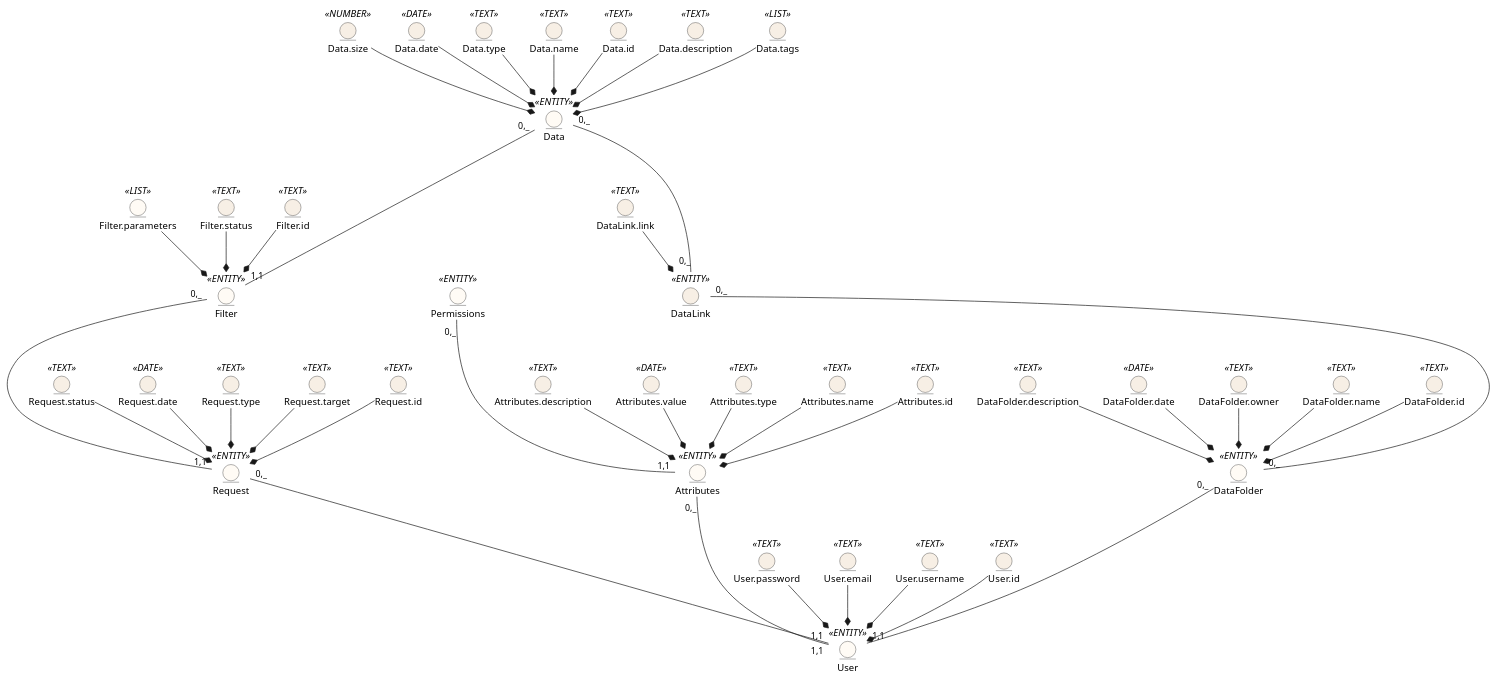
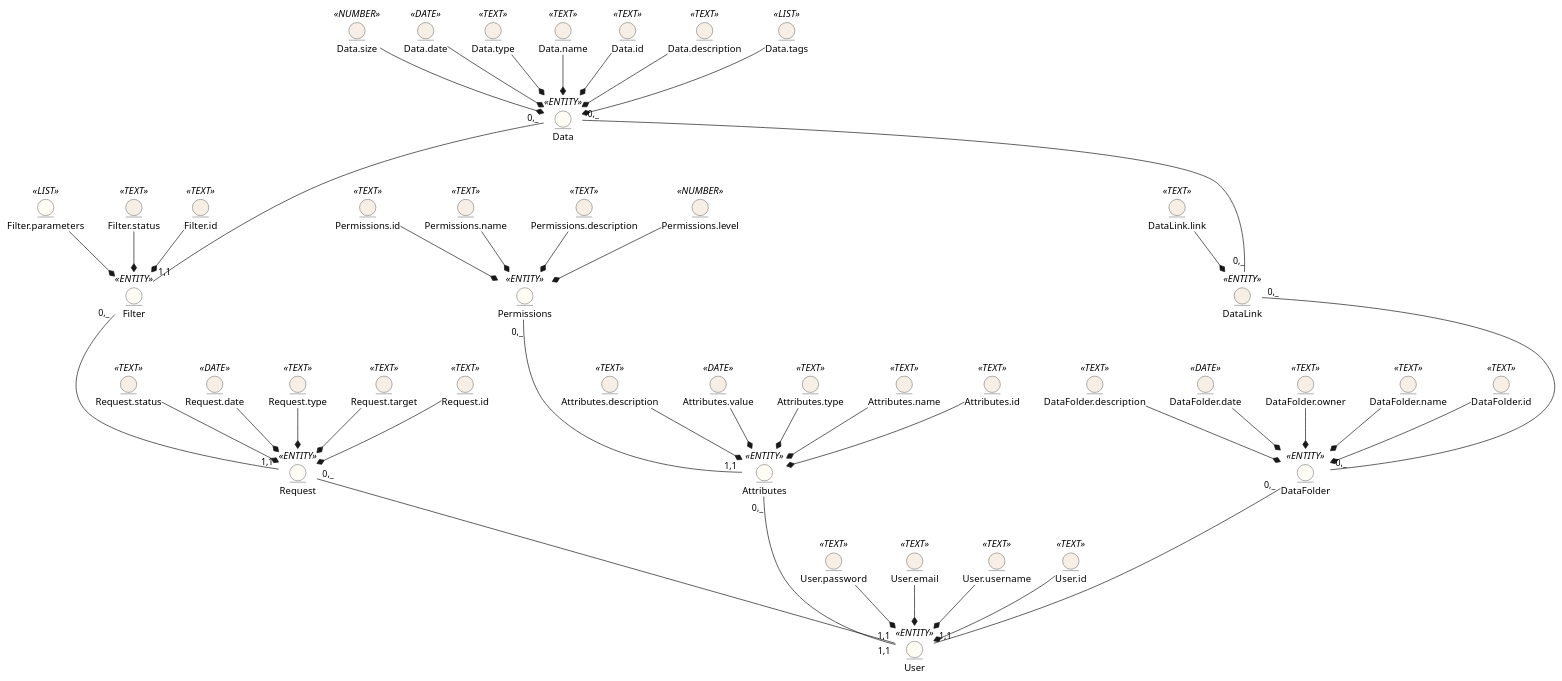
The diagram in docs/design/README.md (edu-db/edu_db_labs), drawn with PlantUML before and after one commit.

Commit message:
feat: add attributes to Permissions

```diff
--- a/docs/design/README.md
+++ b/docs/design/README.md
@@ -32,7 +32,10 @@
 
 
 entity Permissions <<ENTITY>> #FFFBF5
-
+entity Permissions.id <<TEXT>> #F7EFE5
+entity Permissions.name<<TEXT>> #F7EFE5
+entity Permissions.description<<TEXT>> #F7EFE5
+entity Permissions.level<<NUMBER>> #F7EFE5
 
 entity Filter <<ENTITY>> #FFFBF5
 entity Filter.parameters <<LIST>> #FFFBF5
@@ -102,6 +105,13 @@
 Attributes.name -d-* Attributes
 Attributes.id -d-* Attributes
 
+Permissions.description -d-* Permissions
+Permissions.level -d-* Permissions
+Permissions.name -d-* Permissions
+Permissions.id -d-* Permissions
+
+	
+
 DataLink.link -d-* DataLink
 
 DataFolder "0,_" --u- "0,_" DataLink
```
